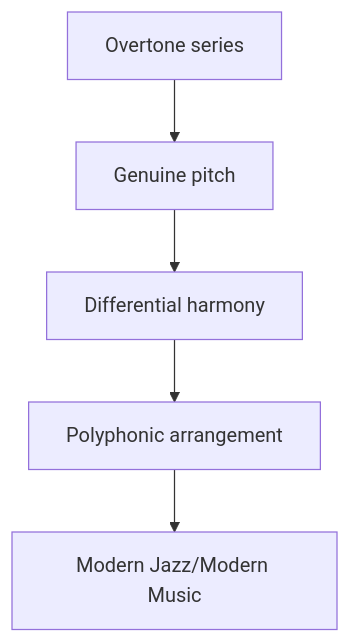
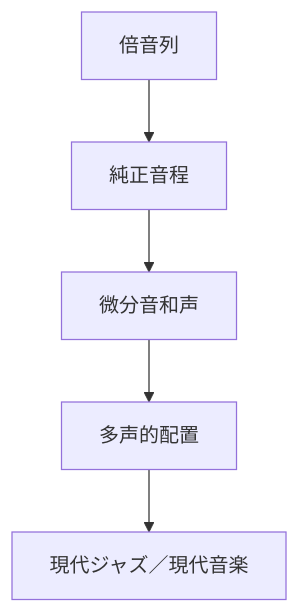
One commit to monumental-movement/monumental-movement.github.io changed the second of 3 diagrams in en/_posts/2025-12-17-column-microtonal-jazz-quarter-tone-jazz.md. Above: the diagram before and after it, drawn with Mermaid. The commit also changed other lines of this file and 2196 other files, not shown here.

```diff
--- a/en/_posts/2025-12-17-column-microtonal-jazz-quarter-tone-jazz.md
+++ b/en/_posts/2025-12-17-column-microtonal-jazz-quarter-tone-jazz.md
@@ -126,9 +126,9 @@
 <div class="mermaid">
 flowchart TB
-    A["Overtone series"]
-    A --> B["Genuine pitch"]
-    B --> C["Differential harmony"]
-    C --> D["Polyphonic arrangement"]
-    D --> E["Modern Jazz/Modern Music"]
+    A["倍音列"]
+    A --> B["純正音程"]
+    B --> C["微分音和声"]
+    C --> D["多声的配置"]
+    D --> E["現代ジャズ／現代音楽"]
 
 </div>
```
